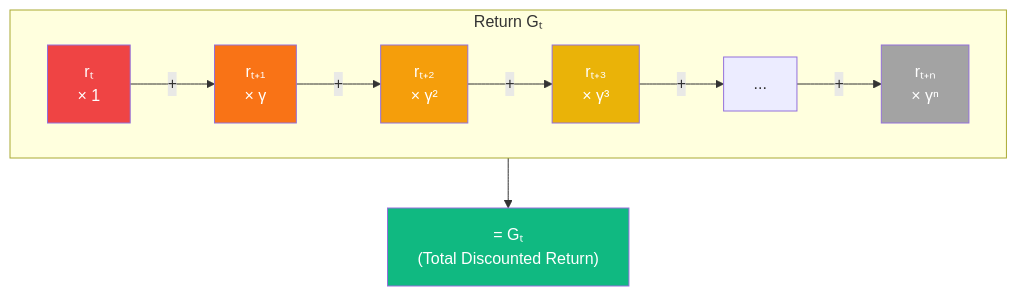
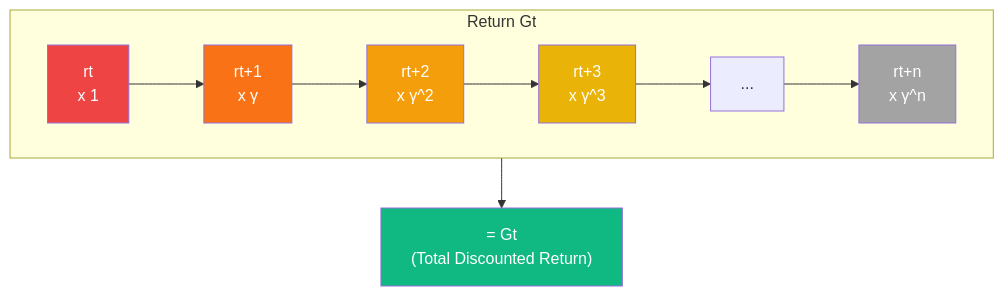
Before and after one commit to Abhijit1102/reinforcement_learning: the ninth of 9 diagrams in 02_Markov_Decision_Process(MDPs)/README.md, drawn with Mermaid. The commit also changed other lines of this file, not shown here.

Commit message:
chapter 2 readme imporve mermaid

````diff
--- a/02_Markov_Decision_Process(MDPs)/README.md
+++ b/02_Markov_Decision_Process(MDPs)/README.md
@@ -224,25 +224,25 @@
 ```mermaid
 flowchart TB
-    subgraph "Return Gₜ"
+    subgraph "Return Gt"
         direction LR
 
-        R0["rₜ<br/>× 1"]
-        R1["rₜ₊₁<br/>× γ"]
-        R2["rₜ₊₂<br/>× γ²"]
-        R3["rₜ₊₃<br/>× γ³"]
+        R0["rt<br/>x 1"]
+        R1["rt+1<br/>x γ"]
+        R2["rt+2<br/>x γ^2"]
+        R3["rt+3<br/>x γ^3"]
         Dots["..."]
-        Rn["rₜ₊ₙ<br/>× γⁿ"]
+        Rn["rt+n<br/>x γ^n"]
 
-        R0 -->|+| R1 -->|+| R2 -->|+| R3 -->|+| Dots -->|+| Rn
+        R0 --> R1 --> R2 --> R3 --> Dots --> Rn
     end
 
-    Sum["= Gₜ<br/>(Total Discounted Return)"]
+    Sum["= Gt<br/>(Total Discounted Return)"]
     Rn --> Sum
 
     style R0 fill:#ef4444,color:#fff
     style R1 fill:#f97316,color:#fff
     style R2 fill:#f59e0b,color:#fff
     style R3 fill:#eab308,color:#fff
     style Rn fill:#a3a3a3,color:#fff
     style Sum fill:#10b981,color:#fff
 ```
````
